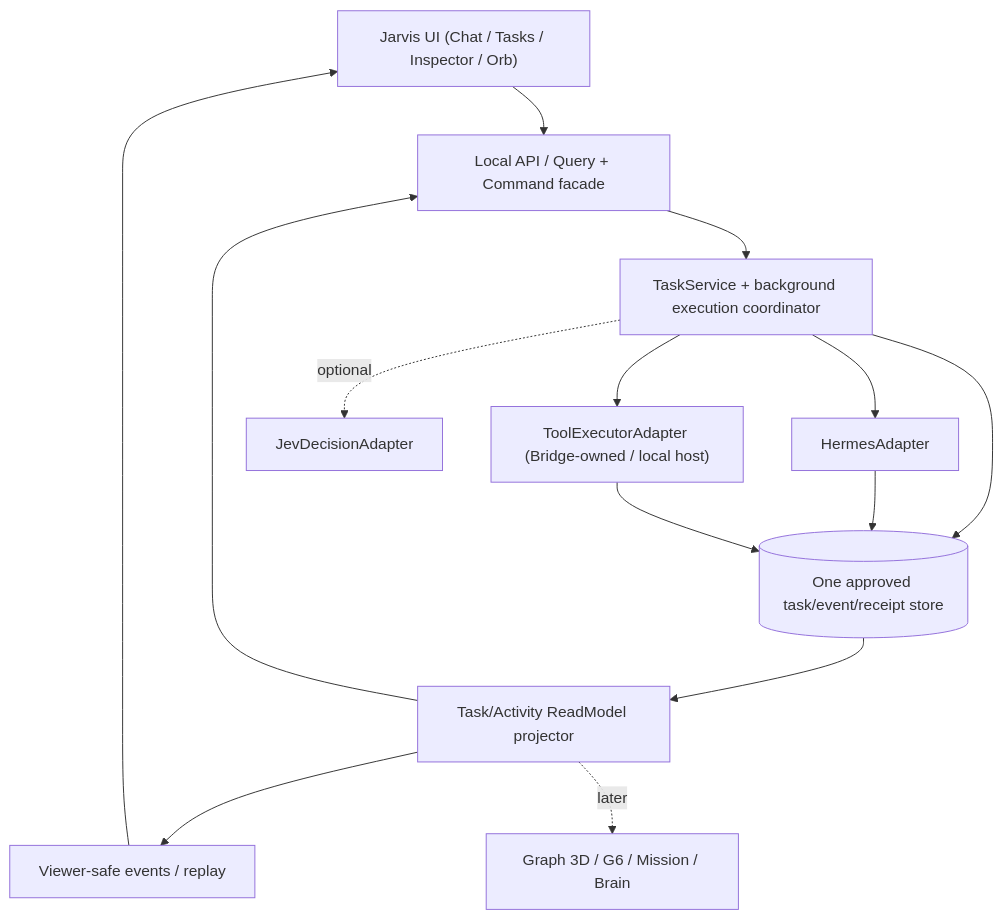
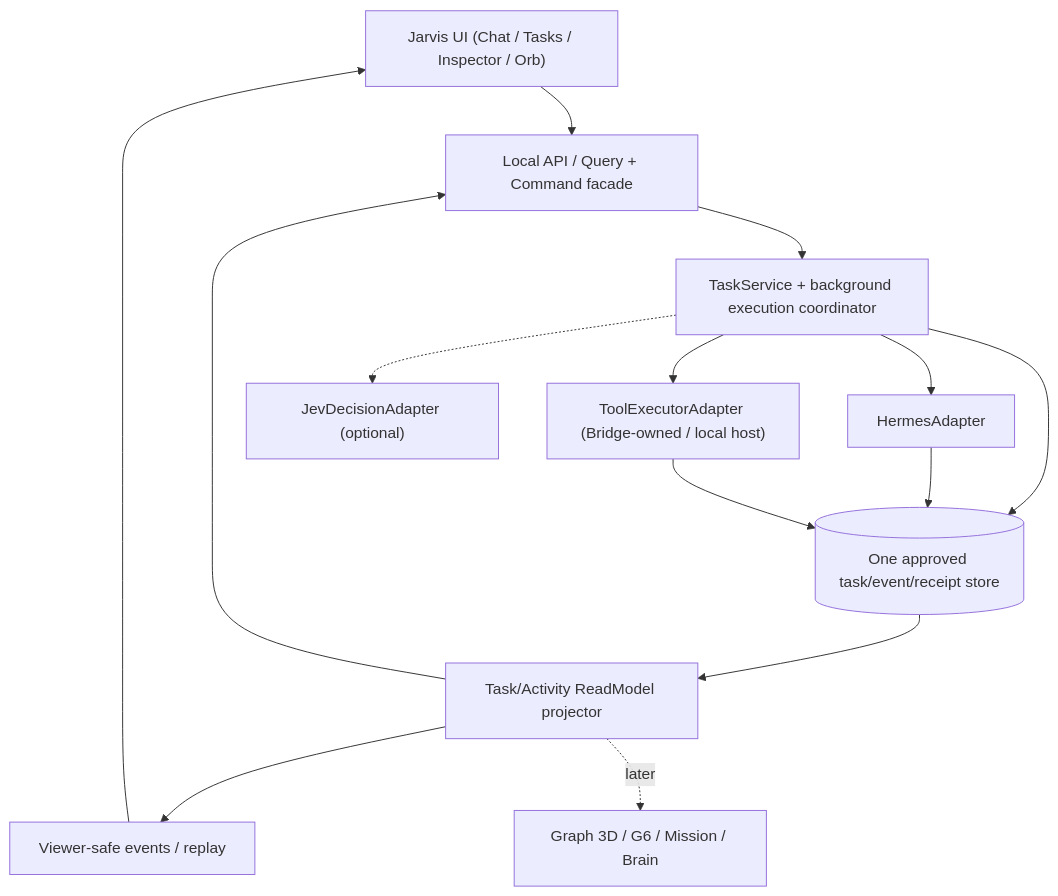
One commit to majkel2403/Experental-MajkelVibeCode changed the diagram in jarvis-graph-3d/docs/superpowers/specs/2026-10-11-jarvis-os-mvp-modular-design.md. Above: the diagram before and after it, drawn with Mermaid. The commit also changed other lines of this file, not shown here.

Commit message:
docs(jarvis): tighten MVP boundaries and diagram

````diff
--- a/jarvis-graph-3d/docs/superpowers/specs/2026-10-11-jarvis-os-mvp-modular-design.md
+++ b/jarvis-graph-3d/docs/superpowers/specs/2026-10-11-jarvis-os-mvp-modular-design.md
@@ -70,16 +70,16 @@
 ```mermaid
 flowchart TD
   UI["Jarvis UI (Chat / Tasks / Inspector / Orb)"] --> API["Local API / Query + Command facade"]
   API --> TASK["TaskService + background execution coordinator"]
   TASK --> H["HermesAdapter"]
   TASK --> X["ToolExecutorAdapter (Bridge-owned / local host)"]
-  TASK -.optional.-> J["JevDecisionAdapter"]
+  TASK -.-> J["JevDecisionAdapter (optional)"]
   TASK --> DB[("One approved task/event/receipt store")]
   H --> DB
   X --> DB
   DB --> PROJ["Task/Activity ReadModel projector"]
   PROJ --> API
   PROJ --> EVENTS["Viewer-safe events / replay"]
   EVENTS --> UI
   PROJ -.later.-> GRAPH["Graph 3D / G6 / Mission / Brain"]
 ```
````
